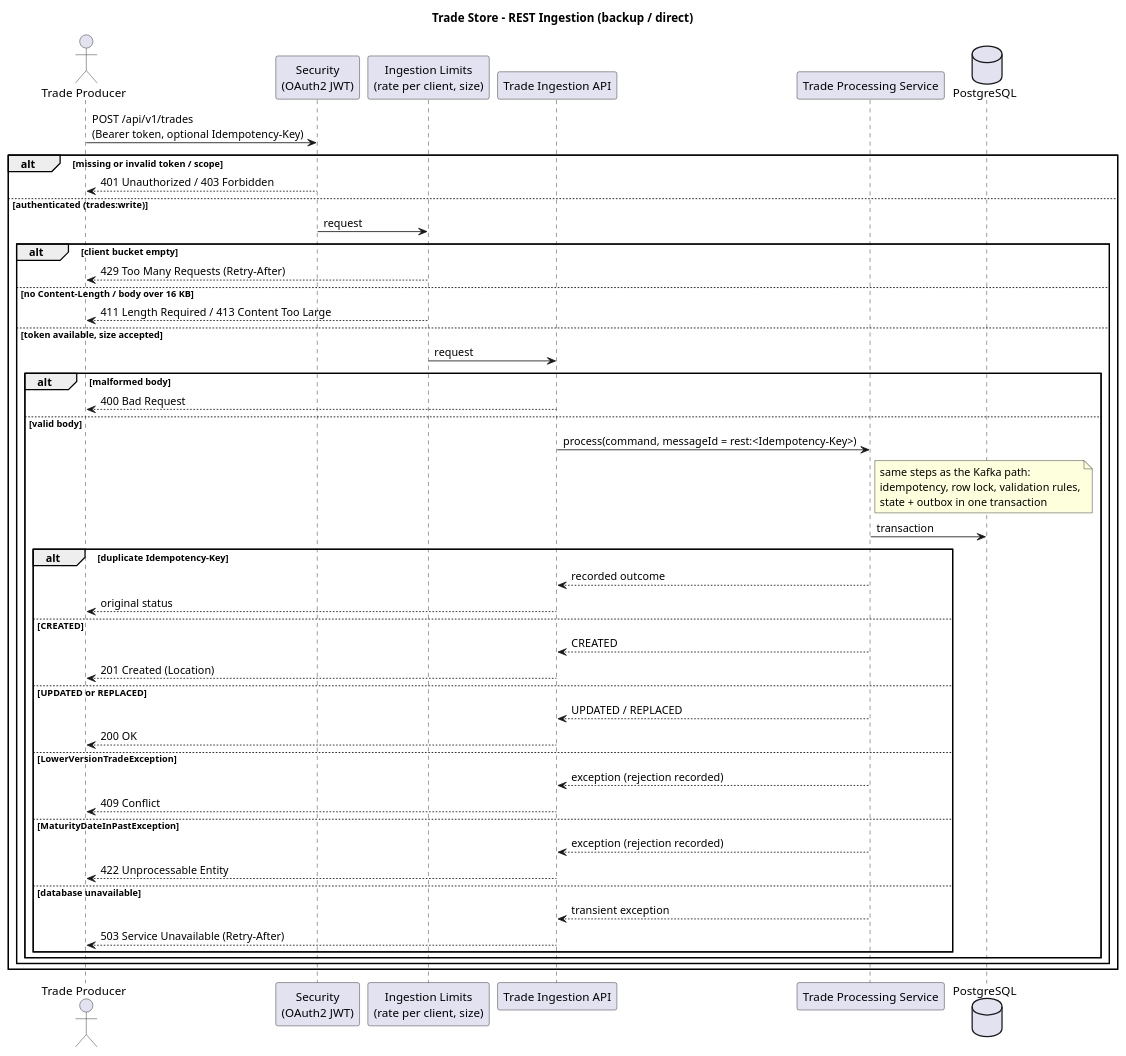
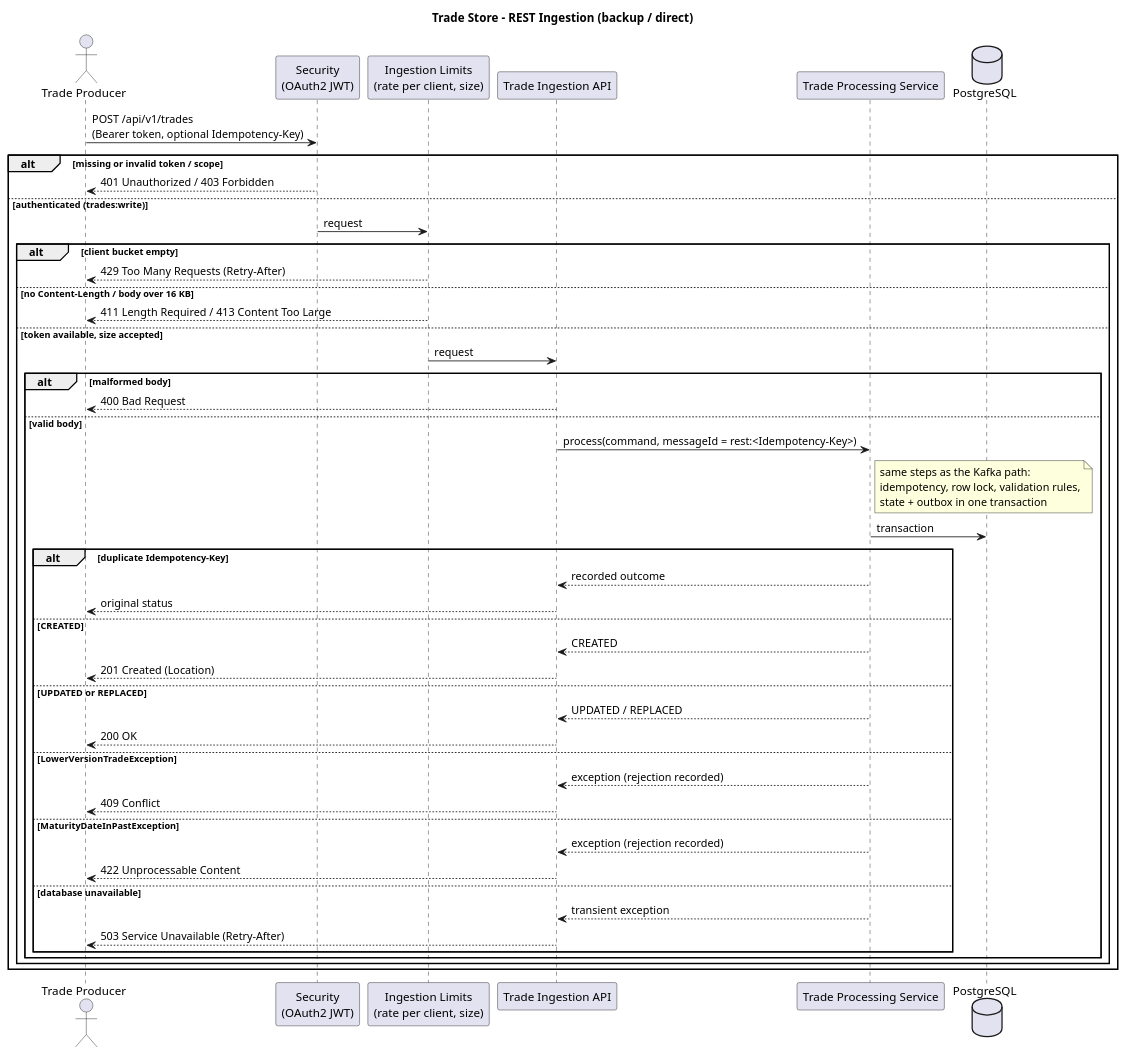
The diagram in docs/diagrams/sequence-rest-ingestion.puml (jabhijeet/trade-store), drawn with PlantUML before and after one commit. The commit also changed 4 other files, not shown here.

```diff
--- a/docs/diagrams/sequence-rest-ingestion.puml
+++ b/docs/diagrams/sequence-rest-ingestion.puml
@@ -1,50 +1,50 @@
 @startuml sequence-rest-ingestion
 title Trade Store - REST Ingestion (backup / direct)
 
 actor "Trade Producer" as producer
 participant "Security\n(OAuth2 JWT)" as security
 participant "Ingestion Limits\n(rate per client, size)" as rateLimiter
 participant "Trade Ingestion API" as api
 participant "Trade Processing Service" as processing
 database "PostgreSQL" as postgres
 
 producer -> security : POST /api/v1/trades\n(Bearer token, optional Idempotency-Key)
 alt missing or invalid token / scope
   security --> producer : 401 Unauthorized / 403 Forbidden
 else authenticated (trades:write)
   security -> rateLimiter : request
   alt client bucket empty
     rateLimiter --> producer : 429 Too Many Requests (Retry-After)
   else no Content-Length / body over 16 KB
     rateLimiter --> producer : 411 Length Required / 413 Content Too Large
   else token available, size accepted
     rateLimiter -> api : request
     alt malformed body
       api --> producer : 400 Bad Request
     else valid body
       api -> processing : process(command, messageId = rest:<Idempotency-Key>)
       note right of processing : same steps as the Kafka path:\nidempotency, row lock, validation rules,\nstate + outbox in one transaction
       processing -> postgres : transaction
       alt duplicate Idempotency-Key
         processing --> api : recorded outcome
         api --> producer : original status
       else CREATED
         processing --> api : CREATED
         api --> producer : 201 Created (Location)
       else UPDATED or REPLACED
         processing --> api : UPDATED / REPLACED
         api --> producer : 200 OK
       else LowerVersionTradeException
         processing --> api : exception (rejection recorded)
         api --> producer : 409 Conflict
       else MaturityDateInPastException
         processing --> api : exception (rejection recorded)
-        api --> producer : 422 Unprocessable Entity
+        api --> producer : 422 Unprocessable Content
       else database unavailable
         processing --> api : transient exception
         api --> producer : 503 Service Unavailable (Retry-After)
       end
     end
   end
 end
 @enduml
```
